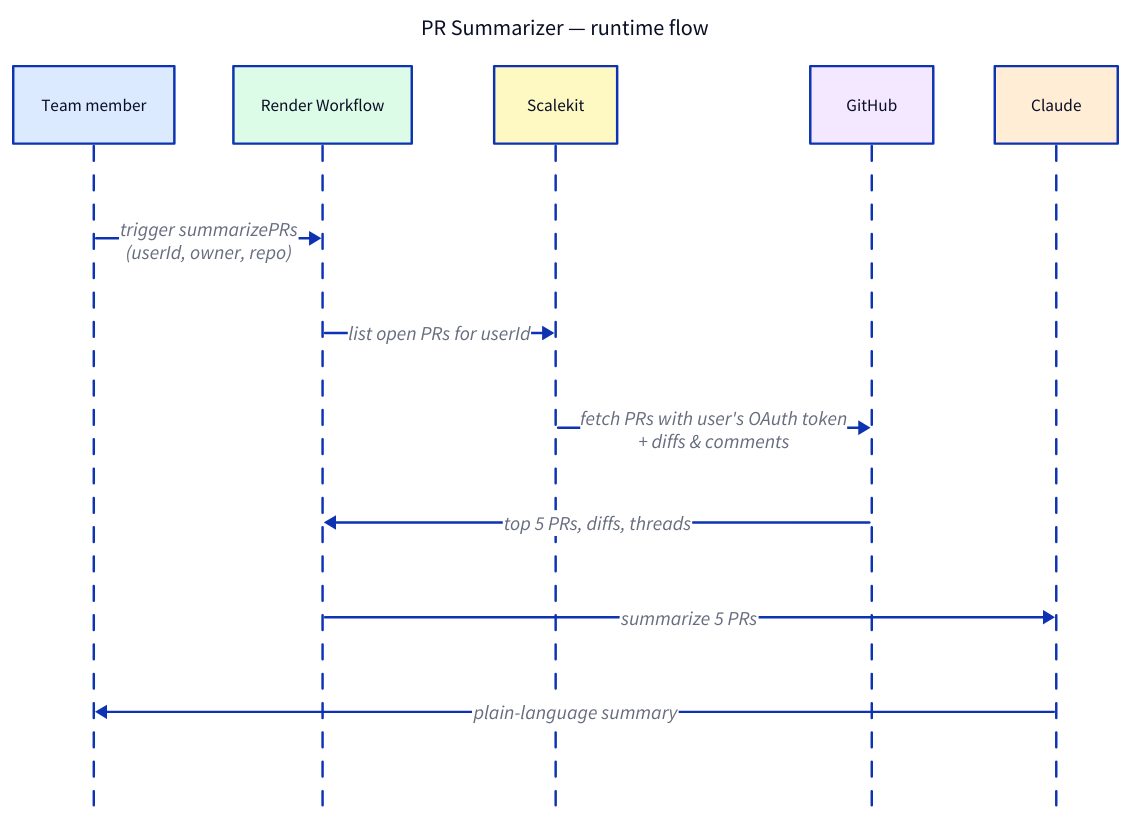
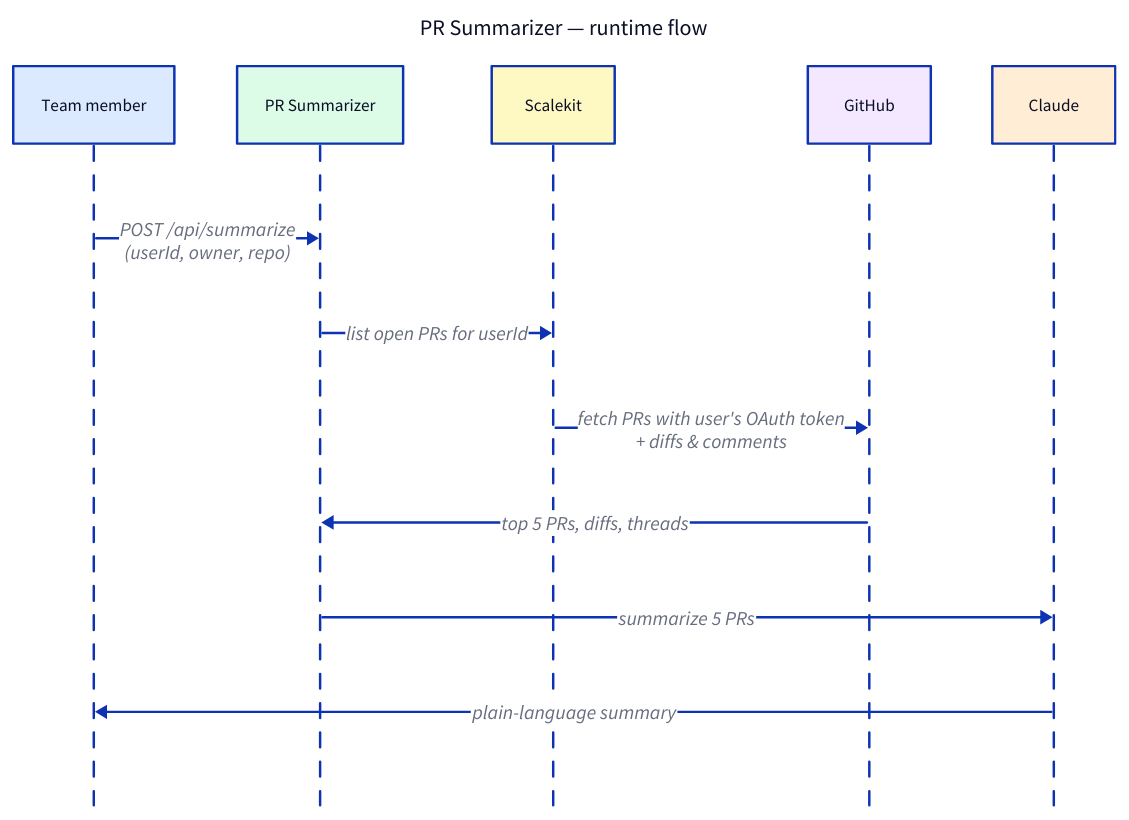
One commit to scalekit-inc/developer-docs changed the diagram in src/content/docs/cookbooks/render-github-pr-summarizer.mdx. Above: the diagram before and after it, drawn with D2. The commit also changed other lines of this file, not shown here.

Commit message:
docs(cookbooks): reframe PR summarizer as multi-user agent; fix Render web service deployment

````diff
--- a/src/content/docs/cookbooks/render-github-pr-summarizer.mdx
+++ b/src/content/docs/cookbooks/render-github-pr-summarizer.mdx
@@ -35,37 +35,37 @@
 ```d2 pad=24
 title: "PR Summarizer — runtime flow" {
   near: top-center
   shape: text
   style.font-size: 18
 }
 
 shape: sequence_diagram
 
 "Team member": {
   style.fill: "#dbeafe"
   style.font-size: 14
 }
-"Render Workflow": {
+"PR Summarizer": {
   style.fill: "#dcfce7"
   style.font-size: 14
 }
 "Scalekit": {
   style.fill: "#fef9c3"
   style.font-size: 14
 }
 "GitHub": {
   style.fill: "#f3e8ff"
   style.font-size: 14
 }
 "Claude": {
   style.fill: "#ffedd5"
   style.font-size: 14
 }
 
-"Team member" -> "Render Workflow": trigger summarizePRs\n(userId, owner, repo)
-"Render Workflow" -> "Scalekit": list open PRs for userId
+"Team member" -> "PR Summarizer": POST /api/summarize\n(userId, owner, repo)
+"PR Summarizer" -> "Scalekit": list open PRs for userId
 "Scalekit" -> "GitHub": fetch PRs with user's OAuth token\n+ diffs & comments
-"GitHub" -> "Render Workflow": top 5 PRs, diffs, threads
-"Render Workflow" -> "Claude": summarize 5 PRs
+"GitHub" -> "PR Summarizer": top 5 PRs, diffs, threads
+"PR Summarizer" -> "Claude": summarize 5 PRs
 "Claude" -> "Team member": plain-language summary
 ```
````
